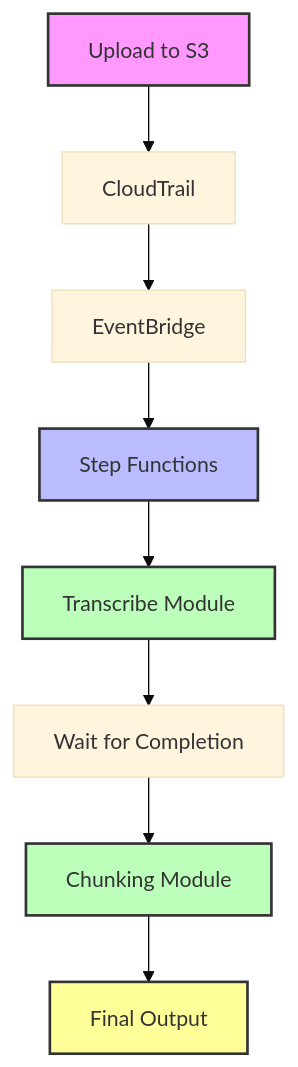
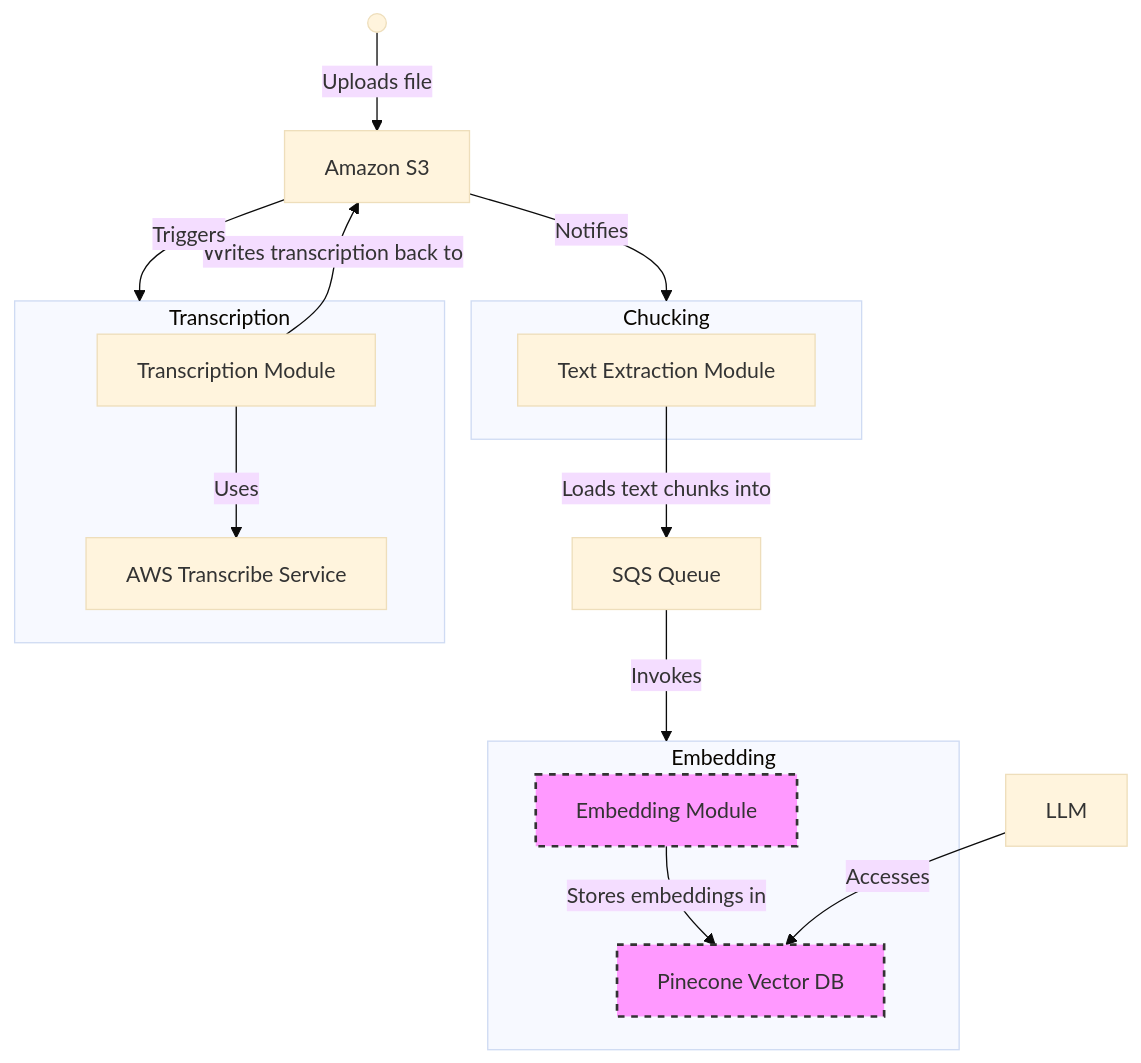
Before and after one commit to wesreisz/video-pipeline: the diagram in README.md, drawn with Mermaid (base theme).

Commit message:
Updated Mermaid in README

````diff
--- a/README.md
+++ b/README.md
@@ -1,16 +1,32 @@
 ```mermaid
-graph TD
-    A[Upload to S3] --> B[CloudTrail]
-    B --> C[EventBridge]
-    C --> D[Step Functions]
-    D --> E[Transcribe Module]
-    E --> F[Wait for Completion]
-    F --> G[Chunking Module]
-    G --> H[Final Output]
-    
-    style A fill:#f9f,stroke:#333,stroke-width:2px
-    style D fill:#bbf,stroke:#333,stroke-width:2px
-    style E fill:#bfb,stroke:#333,stroke-width:2px
-    style G fill:#bfb,stroke:#333,stroke-width:2px
-    style H fill:#ff9,stroke:#333,stroke-width:2px
+flowchart TD
+    A["User"] -- Uploads file --> B["Amazon S3"]
+
+    B -- Triggers --> L1[Transcription]
+    subgraph L1["Transcription"]
+         D["Transcription Module"]
+         E["AWS Transcribe Service"]
+         D -- Uses --> E
+    end
+    D -- Writes transcription back to --> B
+
+    B -- Notifies --> L2[Chucking]
+    subgraph L2["Chucking"]
+         J["Text Extraction Module"]
+    end
+    J -- Loads text chunks into --> G["SQS Queue"]
+
+    G -- Invokes --> EM[Embedding]
+    subgraph EM["Embedding"]
+         H["Embedding Module"]
+         I["Pinecone Vector DB"]
+         H -- Stores embeddings in --> I
+    end
+
+    LLM["LLM"] -- Accesses --> I
+
+    A@{ shape: sm-circ}
+    style H fill:#f9f,stroke:#333,stroke-width:2px,stroke-dasharray: 5 5
+    style I fill:#f9f,stroke:#333,stroke-width:2px,stroke-dasharray: 5 5
+    style A color:#000000
 ```
````
